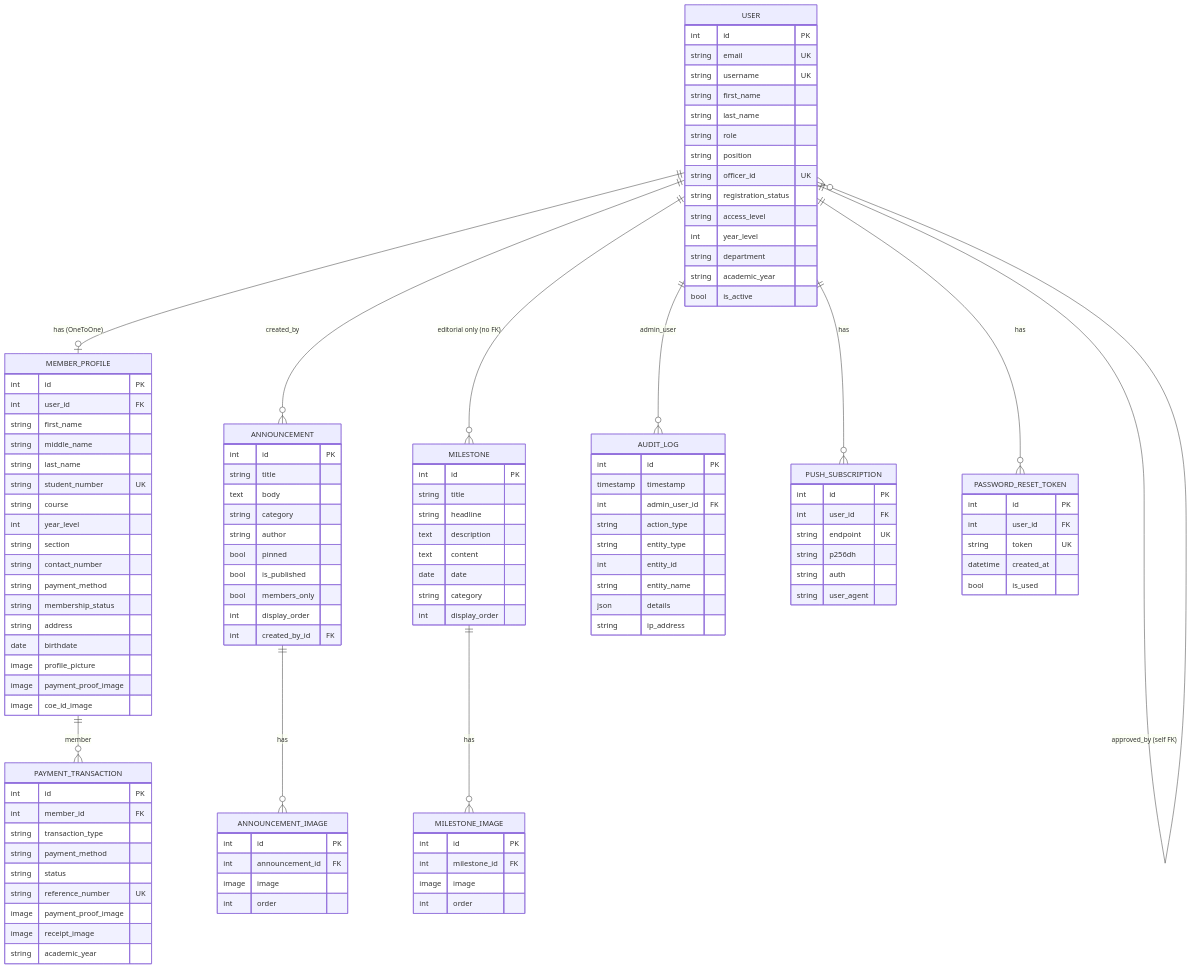
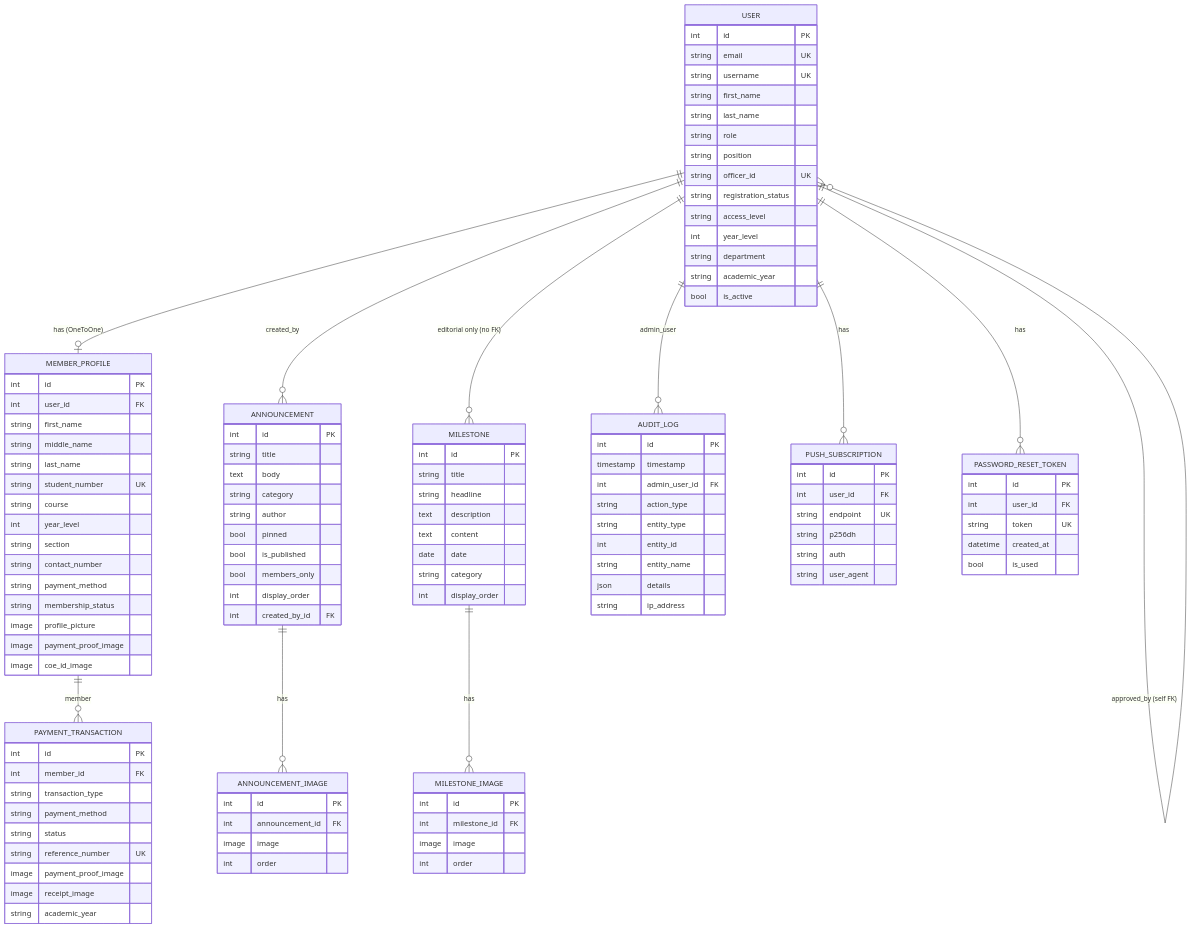
One commit to KevzBueno101/icpep_portal changed the diagram in pages/data-model.md. Above: the diagram before and after it, drawn with Mermaid. The commit also changed other lines of this file and 9 other files, not shown here.

Commit message:
feat: remove member birthdate and home address fields across model, API, UI, and docs

```diff
--- a/pages/data-model.md
+++ b/pages/data-model.md
@@ -51,8 +51,6 @@
         string contact_number
         string payment_method
         string membership_status
-        string address
-        date birthdate
         image profile_picture
         image payment_proof_image
         image coe_id_image
```
